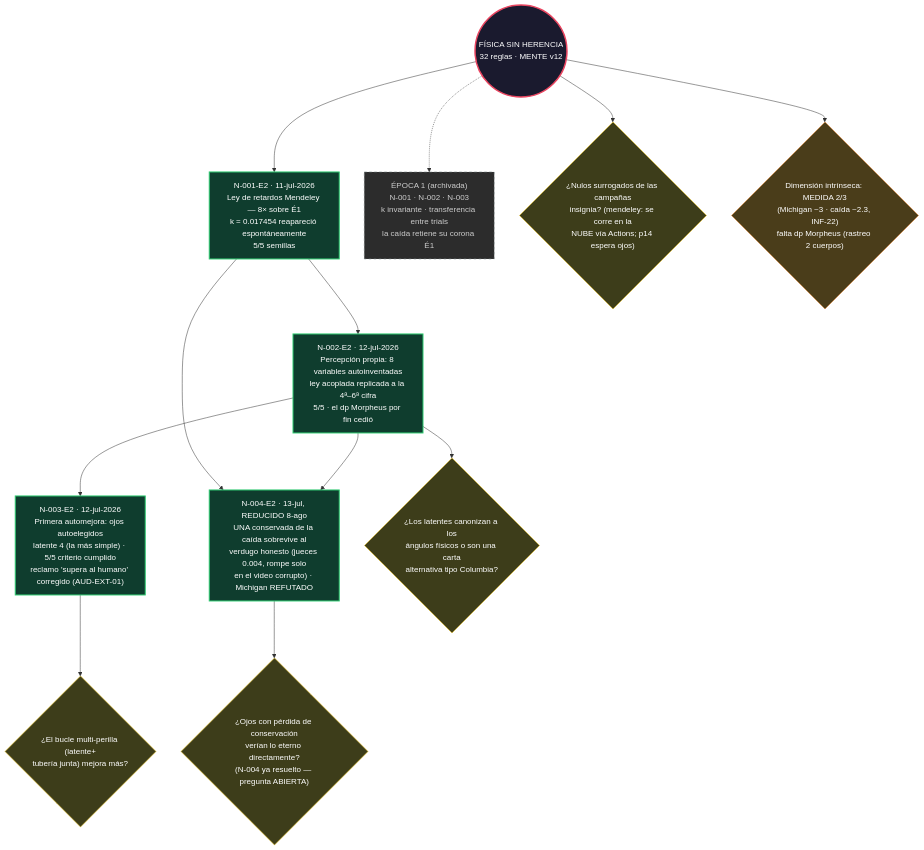
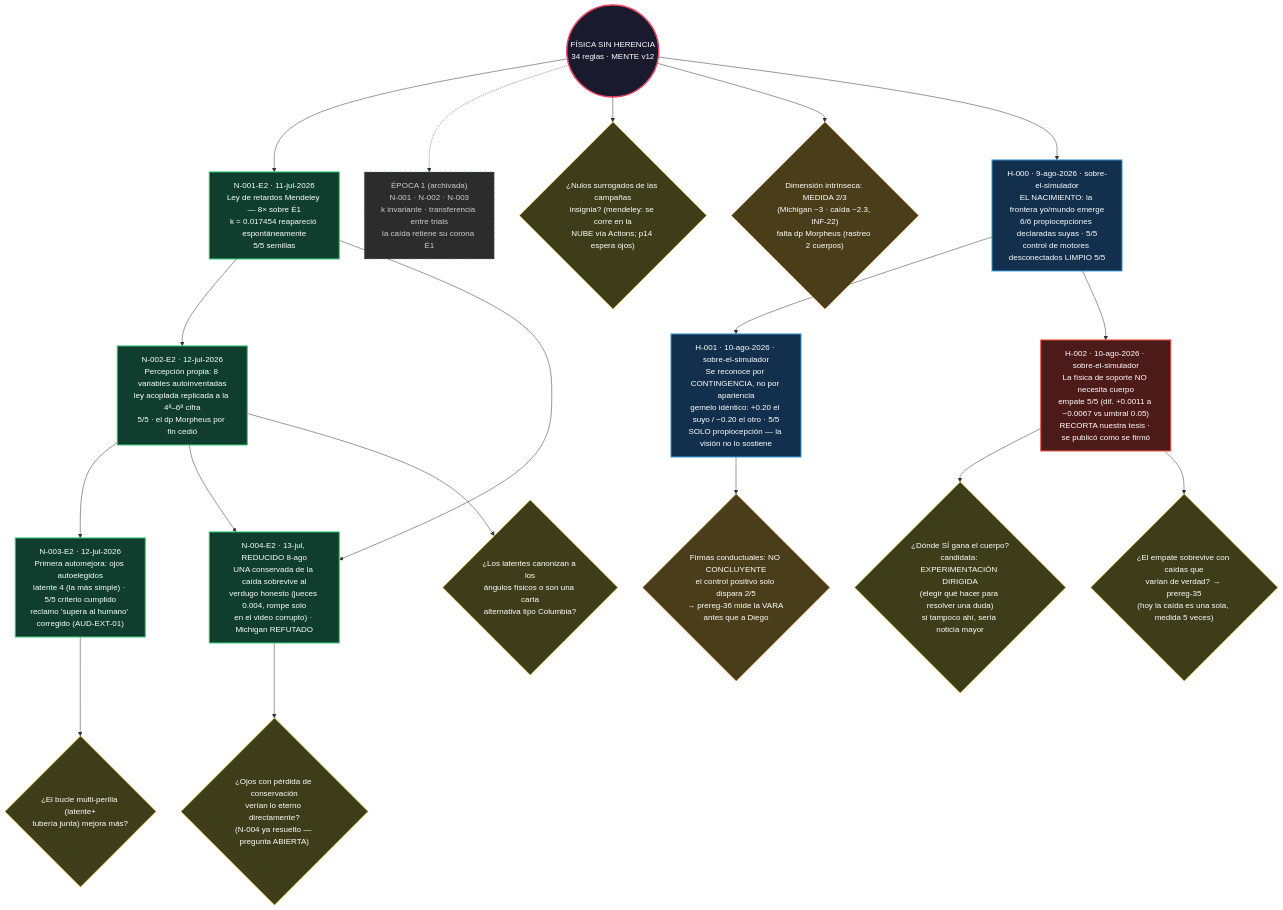
One commit to Leo-BRAVO/fisica-sin-herencia changed the diagram in arbol/ARBOL.md. Above: the diagram before and after it, drawn with Mermaid. The commit also changed other lines of this file and 10 other files, not shown here.

````diff
--- a/arbol/ARBOL.md
+++ b/arbol/ARBOL.md
@@ -6,36 +6,53 @@
 ```mermaid
 graph TD
-    RAIZ(("FÍSICA SIN HERENCIA<br/>32 reglas · MENTE v12")):::raiz
+    RAIZ(("FÍSICA SIN HERENCIA<br/>34 reglas · MENTE v12")):::raiz
 
     E2N001["N-001-E2 · 11-jul-2026<br/>Ley de retardos Mendeley — 8× sobre É1<br/>k = 0.017454 reapareció espontáneamente<br/>5/5 semillas"]:::nodo
     E2N002["N-002-E2 · 12-jul-2026<br/>Percepción propia: 8 variables autoinventadas<br/>ley acoplada replicada a la 4ª–6ª cifra<br/>5/5 · el dp Morpheus por fin cedió"]:::nodo
     E2N003["N-003-E2 · 12-jul-2026<br/>Primera automejora: ojos autoelegidos<br/>latente 4 (la más simple) · 5/5 criterio cumplido<br/>reclamo 'supera al humano' corregido (AUD-EXT-01)"]:::nodo
     E2N004["N-004-E2 · 13-jul, REDUCIDO 8-ago<br/>UNA conservada de la caída sobrevive al<br/>verdugo honesto (jueces 0.004, rompe solo<br/>en el video corrupto) · Michigan REFUTADO"]:::nodo
 
     E1["ÉPOCA 1 (archivada)<br/>N-001 · N-002 · N-003<br/>k invariante · transferencia entre trials<br/>la caída retiene su corona É1"]:::archivo
+
+    H000["H-000 · 9-ago-2026 · sobre-el-simulador<br/>EL NACIMIENTO: la frontera yo/mundo emerge<br/>6/6 propiocepciones declaradas suyas · 5/5<br/>control de motores desconectados LIMPIO 5/5"]:::capacidad
+    H001["H-001 · 10-ago-2026 · sobre-el-simulador<br/>Se reconoce por CONTINGENCIA, no por apariencia<br/>gemelo idéntico: +0.20 el suyo / −0.20 el otro · 5/5<br/>SOLO propiocepción — la visión no lo sostiene"]:::capacidad
+    H002["H-002 · 10-ago-2026 · sobre-el-simulador<br/>La física de soporte NO necesita cuerpo<br/>empate 5/5 (dif. +0.0011 a −0.0067 vs umbral 0.05)<br/>RECORTA nuestra tesis · se publicó como se firmó"]:::recorte
+
+    PB{"¿Dónde SÍ gana el cuerpo?<br/>candidata: EXPERIMENTACIÓN DIRIGIDA<br/>(elegir qué hacer para resolver una duda)<br/>si tampoco ahí, sería noticia mayor"}:::pregunta
+    PC{"¿El empate sobrevive con caídas que<br/>varían de verdad? → prereg-35<br/>(hoy la caída es una sola, medida 5 veces)"}:::pregunta
+    PD{"Firmas conductuales: NO CONCLUYENTE<br/>el control positivo solo dispara 2/5<br/>→ prereg-36 mide la VARA antes que a Diego"}:::parcial
 
     P1{"¿Nulos surrogados de las campañas<br/>insignia? (mendeley: se corre en la<br/>NUBE vía Actions; p14 espera ojos)"}:::pregunta
     P2{"Dimensión intrínseca: MEDIDA 2/3<br/>(Michigan ~3 · caída ~2.3, INF-22)<br/>falta dp Morpheus (rastreo 2 cuerpos)"}:::parcial
     P3{"¿Los latentes canonizan a los<br/>ángulos físicos o son una carta<br/>alternativa tipo Columbia?"}:::pregunta
     P4{"¿Ojos con pérdida de conservación<br/>verían lo eterno directamente?<br/>(N-004 ya resuelto — pregunta ABIERTA)"}:::pregunta
     P5{"¿El bucle multi-perilla (latente+<br/>tubería junta) mejora más?"}:::pregunta
 
     RAIZ --> E2N001
     RAIZ -.-> E1
     E2N001 --> E2N002
     E2N002 --> E2N003
     E2N001 --> E2N004
     E2N002 --> E2N004
     RAIZ --> P1
     RAIZ --> P2
     E2N002 --> P3
     E2N004 --> P4
     E2N003 --> P5
 
+    RAIZ --> H000
+    H000 --> H001
+    H000 --> H002
+    H002 --> PB
+    H002 --> PC
+    H001 --> PD
+
+    classDef capacidad fill:#12304d,stroke:#3498db,color:#fff,stroke-width:2px
+    classDef recorte fill:#4d1a1a,stroke:#e74c3c,color:#fff,stroke-width:2px
     classDef parcial fill:#4a3d1a,stroke:#e67e22,color:#fff
     classDef raiz fill:#1a1a2e,stroke:#e94560,color:#fff,stroke-width:3px
     classDef nodo fill:#0f3d2e,stroke:#2ecc71,color:#fff,stroke-width:2px
     classDef cuarentena fill:#4a2d1a,stroke:#e67e22,color:#fff,stroke-width:2px
     classDef pregunta fill:#3d3d1a,stroke:#f1c40f,color:#fff
     classDef archivo fill:#2c2c2c,stroke:#7f8c8d,color:#ccc,stroke-dasharray: 5 5
 ```
````
